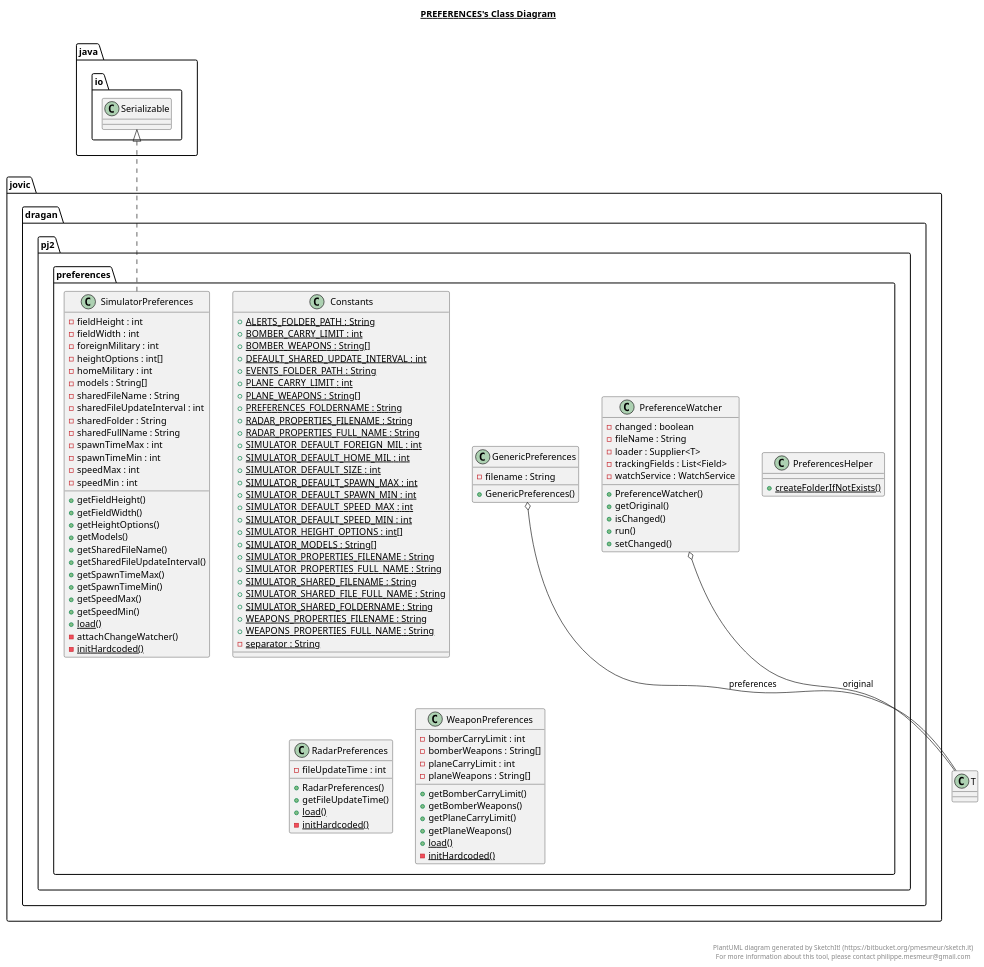
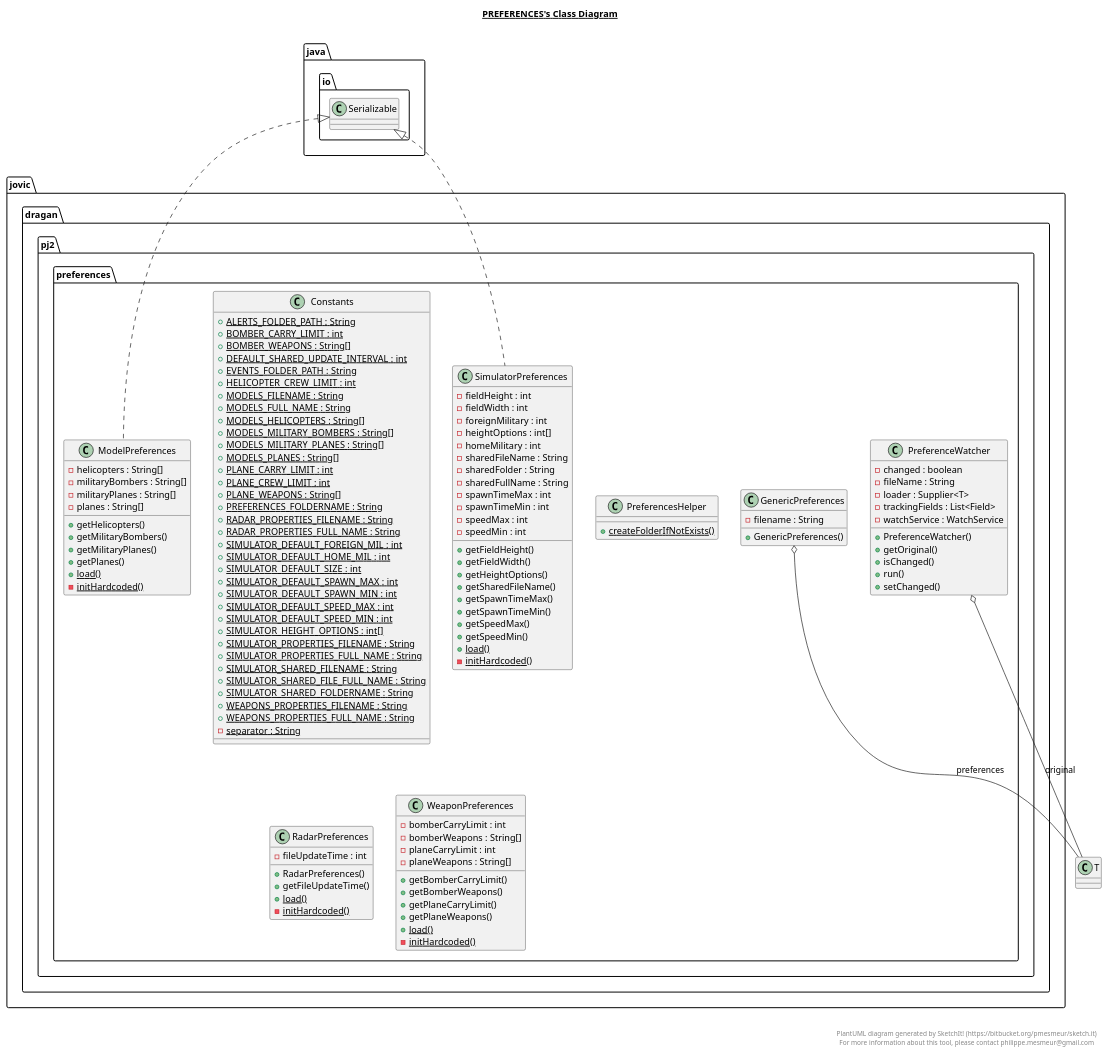
Before and after one commit to Coki32/PJ2_Projektni: the diagram in src/jovic/dragan/pj2/preferences/preferences.plantuml, drawn with PlantUML. The commit also changed 51 other files, not shown here.

```diff
--- a/src/jovic/dragan/pj2/preferences/preferences.plantuml
+++ b/src/jovic/dragan/pj2/preferences/preferences.plantuml
@@ -1,141 +1,160 @@
 @startuml
 
 title __PREFERENCES's Class Diagram__\n
 
   namespace jovic.dragan.pj2.preferences {
     class jovic.dragan.pj2.preferences.Constants {
         {static} + ALERTS_FOLDER_PATH : String
         {static} + BOMBER_CARRY_LIMIT : int
         {static} + BOMBER_WEAPONS : String[]
         {static} + DEFAULT_SHARED_UPDATE_INTERVAL : int
         {static} + EVENTS_FOLDER_PATH : String
+        {static} + HELICOPTER_CREW_LIMIT : int
+        {static} + MODELS_FILENAME : String
+        {static} + MODELS_FULL_NAME : String
+        {static} + MODELS_HELICOPTERS : String[]
+        {static} + MODELS_MILITARY_BOMBERS : String[]
+        {static} + MODELS_MILITARY_PLANES : String[]
+        {static} + MODELS_PLANES : String[]
         {static} + PLANE_CARRY_LIMIT : int
+        {static} + PLANE_CREW_LIMIT : int
         {static} + PLANE_WEAPONS : String[]
         {static} + PREFERENCES_FOLDERNAME : String
         {static} + RADAR_PROPERTIES_FILENAME : String
         {static} + RADAR_PROPERTIES_FULL_NAME : String
         {static} + SIMULATOR_DEFAULT_FOREIGN_MIL : int
         {static} + SIMULATOR_DEFAULT_HOME_MIL : int
         {static} + SIMULATOR_DEFAULT_SIZE : int
         {static} + SIMULATOR_DEFAULT_SPAWN_MAX : int
         {static} + SIMULATOR_DEFAULT_SPAWN_MIN : int
         {static} + SIMULATOR_DEFAULT_SPEED_MAX : int
         {static} + SIMULATOR_DEFAULT_SPEED_MIN : int
         {static} + SIMULATOR_HEIGHT_OPTIONS : int[]
-        {static} + SIMULATOR_MODELS : String[]
         {static} + SIMULATOR_PROPERTIES_FILENAME : String
         {static} + SIMULATOR_PROPERTIES_FULL_NAME : String
         {static} + SIMULATOR_SHARED_FILENAME : String
         {static} + SIMULATOR_SHARED_FILE_FULL_NAME : String
         {static} + SIMULATOR_SHARED_FOLDERNAME : String
         {static} + WEAPONS_PROPERTIES_FILENAME : String
         {static} + WEAPONS_PROPERTIES_FULL_NAME : String
         {static} - separator : String
     }
   }
   
 
   namespace jovic.dragan.pj2.preferences {
     class jovic.dragan.pj2.preferences.GenericPreferences {
         - filename : String
         + GenericPreferences()
+    }
+  }
+  
+
+  namespace jovic.dragan.pj2.preferences {
+    class jovic.dragan.pj2.preferences.ModelPreferences {
+        - helicopters : String[]
+        - militaryBombers : String[]
+        - militaryPlanes : String[]
+        - planes : String[]
+        + getHelicopters()
+        + getMilitaryBombers()
+        + getMilitaryPlanes()
+        + getPlanes()
+        {static} + load()
+        {static} - initHardcoded()
     }
   }
   
 
   namespace jovic.dragan.pj2.preferences {
     class jovic.dragan.pj2.preferences.PreferenceWatcher {
         - changed : boolean
         - fileName : String
         - loader : Supplier<T>
         - trackingFields : List<Field>
         - watchService : WatchService
         + PreferenceWatcher()
         + getOriginal()
         + isChanged()
         + run()
         + setChanged()
     }
   }
   
 
   namespace jovic.dragan.pj2.preferences {
     class jovic.dragan.pj2.preferences.PreferencesHelper {
         {static} + createFolderIfNotExists()
     }
   }
   
 
   namespace jovic.dragan.pj2.preferences {
     class jovic.dragan.pj2.preferences.RadarPreferences {
         - fileUpdateTime : int
         + RadarPreferences()
         + getFileUpdateTime()
         {static} + load()
         {static} - initHardcoded()
     }
   }
   
 
   namespace jovic.dragan.pj2.preferences {
     class jovic.dragan.pj2.preferences.SimulatorPreferences {
         - fieldHeight : int
         - fieldWidth : int
         - foreignMilitary : int
         - heightOptions : int[]
         - homeMilitary : int
-        - models : String[]
         - sharedFileName : String
-        - sharedFileUpdateInterval : int
         - sharedFolder : String
         - sharedFullName : String
         - spawnTimeMax : int
         - spawnTimeMin : int
         - speedMax : int
         - speedMin : int
         + getFieldHeight()
         + getFieldWidth()
         + getHeightOptions()
-        + getModels()
         + getSharedFileName()
-        + getSharedFileUpdateInterval()
         + getSpawnTimeMax()
         + getSpawnTimeMin()
         + getSpeedMax()
         + getSpeedMin()
         {static} + load()
-        - attachChangeWatcher()
         {static} - initHardcoded()
     }
   }
   
 
   namespace jovic.dragan.pj2.preferences {
     class jovic.dragan.pj2.preferences.WeaponPreferences {
         - bomberCarryLimit : int
         - bomberWeapons : String[]
         - planeCarryLimit : int
         - planeWeapons : String[]
         + getBomberCarryLimit()
         + getBomberWeapons()
         + getPlaneCarryLimit()
         + getPlaneWeapons()
         {static} + load()
         {static} - initHardcoded()
     }
   }
   
 
   jovic.dragan.pj2.preferences.GenericPreferences o-- T : preferences
+  jovic.dragan.pj2.preferences.ModelPreferences .up.|> java.io.Serializable
   jovic.dragan.pj2.preferences.PreferenceWatcher o-- T : original
   jovic.dragan.pj2.preferences.SimulatorPreferences .up.|> java.io.Serializable
 
 
 right footer
 
 
 PlantUML diagram generated by SketchIt! (https://bitbucket.org/pmesmeur/sketch.it)
 For more information about this tool, please contact philippe.mesmeur@gmail.com
 endfooter
 
 @enduml
```
